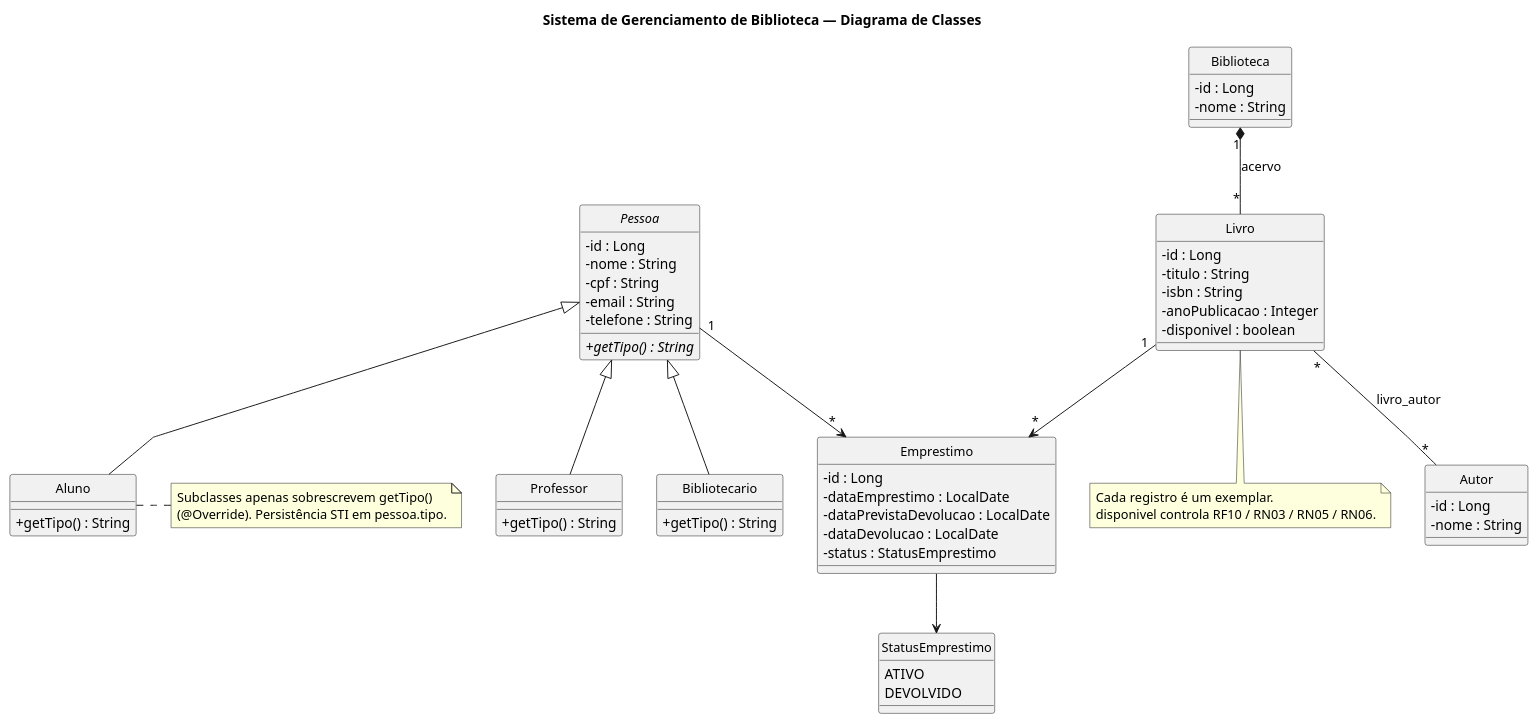
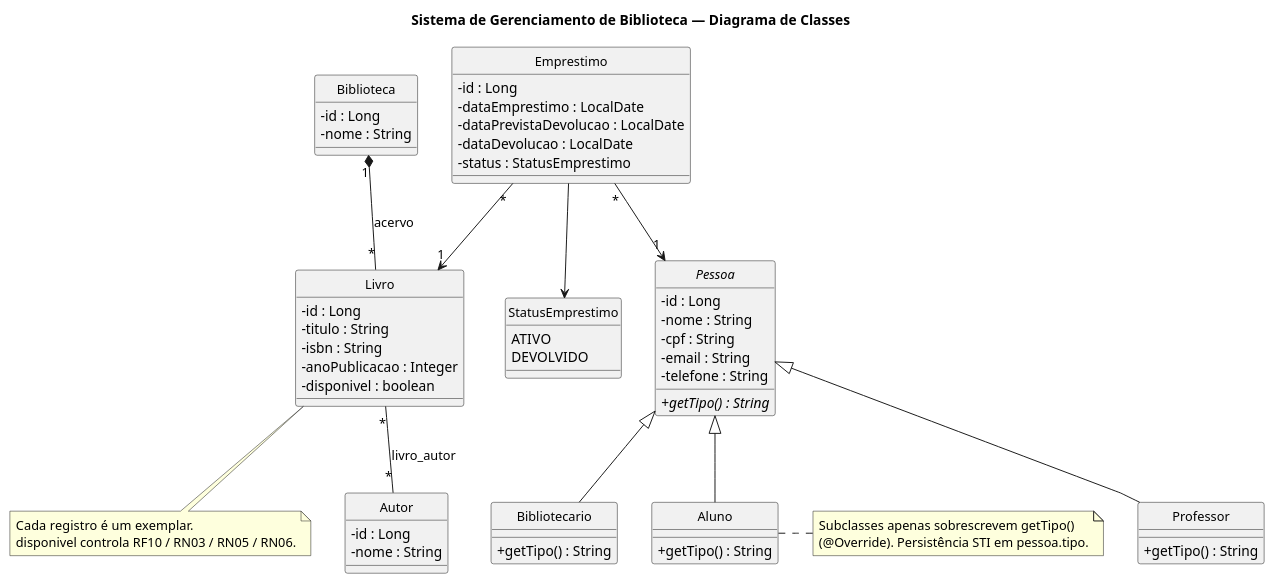
One commit to gianluccapimentel/trabalhoAEP2026.2 changed the diagram in docs/diagrama-classes/diagrama-classes.puml. Above: the diagram before and after it, drawn with PlantUML. The commit also changed 11 other files, not shown here.

First line of the commit message:
docs: revisa DER e schema da primeira entrega

```diff
--- a/docs/diagrama-classes/diagrama-classes.puml
+++ b/docs/diagrama-classes/diagrama-classes.puml
@@ -1,81 +1,81 @@
 @startuml diagrama-classes
 title Sistema de Gerenciamento de Biblioteca — Diagrama de Classes
 skinparam classAttributeIconSize 0
 skinparam shadowing false
 skinparam classFontSize 13
 skinparam linetype polyline
 hide circle
 
 abstract class Pessoa {
   - id : Long
   - nome : String
   - cpf : String
   - email : String
   - telefone : String
   + {abstract} getTipo() : String
 }
 
 class Aluno {
   + getTipo() : String
 }
 
 class Professor {
   + getTipo() : String
 }
 
 class Bibliotecario {
   + getTipo() : String
 }
 
 note right of Aluno
   Subclasses apenas sobrescrevem getTipo()
   (@Override). Persistência STI em pessoa.tipo.
 end note
 
 class Biblioteca {
   - id : Long
   - nome : String
 }
 
 class Livro {
   - id : Long
   - titulo : String
   - isbn : String
   - anoPublicacao : Integer
   - disponivel : boolean
 }
 
 note bottom of Livro
   Cada registro é um exemplar.
   disponivel controla RF10 / RN03 / RN05 / RN06.
 end note
 
 class Autor {
   - id : Long
   - nome : String
 }
 
 class Emprestimo {
   - id : Long
   - dataEmprestimo : LocalDate
   - dataPrevistaDevolucao : LocalDate
   - dataDevolucao : LocalDate
   - status : StatusEmprestimo
 }
 
 enum StatusEmprestimo {
   ATIVO
   DEVOLVIDO
 }
 
 Pessoa <|-- Aluno
 Pessoa <|-- Professor
 Pessoa <|-- Bibliotecario
 
 Biblioteca "1" *-- "*" Livro : acervo
 Livro "*" -- "*" Autor : livro_autor
-Pessoa "1" --> "*" Emprestimo
-Livro "1" --> "*" Emprestimo
+Emprestimo "*" --> "1" Pessoa
+Emprestimo "*" --> "1" Livro
 Emprestimo --> StatusEmprestimo
 
 @enduml
```
